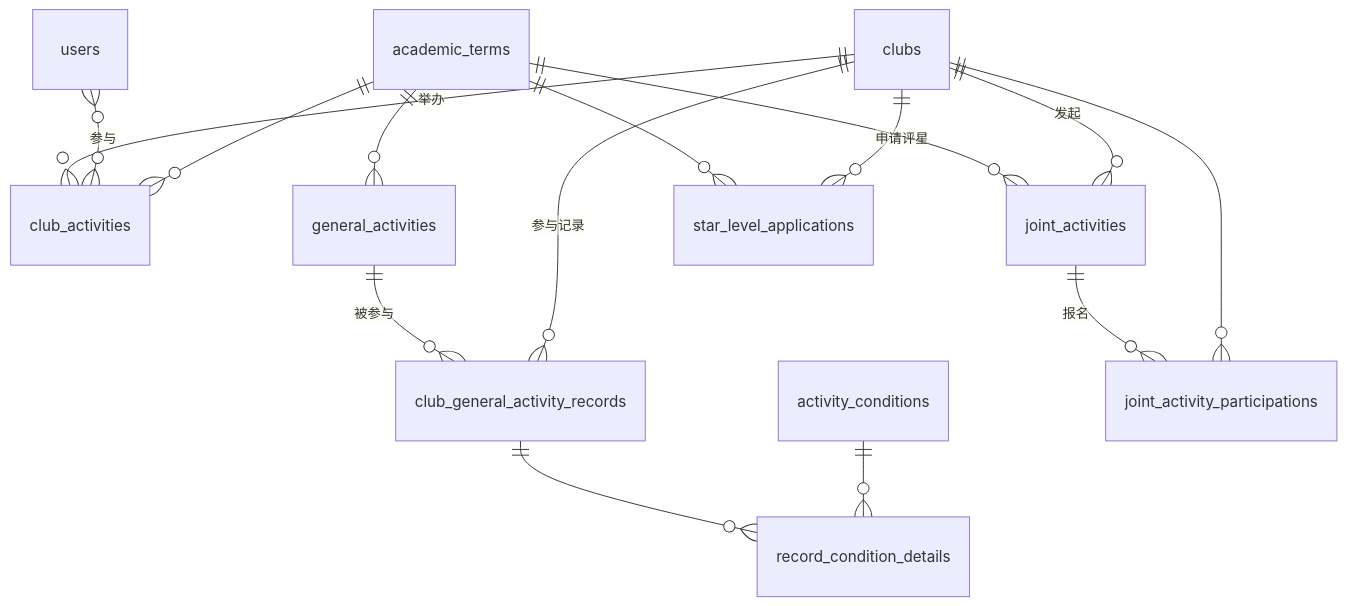
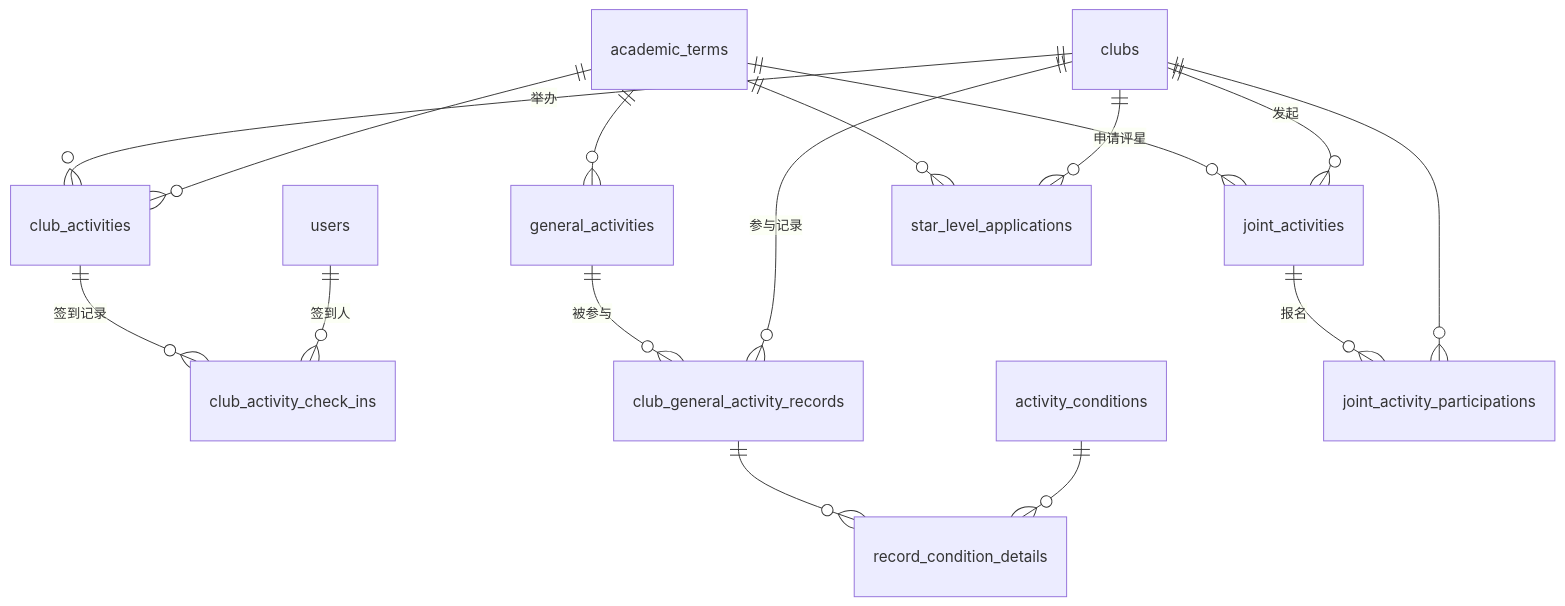
Before and after one commit to colinxu2020/BNDSphere: the second of 3 diagrams in docs/architecture/database.md, drawn with Mermaid. The commit also changed other lines of this file and 18 other files, not shown here.

First line of the commit message:
feat(club-activities): add check-in (manual roster + QR self-check-in)

````diff
--- a/docs/architecture/database.md
+++ b/docs/architecture/database.md
@@ -555,17 +568,18 @@
 ```mermaid
 erDiagram
     clubs ||--o{ club_activities : "举办"
-    users }o--o{ club_activities : "参与"
+    club_activities ||--o{ club_activity_check_ins : "签到记录"
+    users ||--o{ club_activity_check_ins : "签到人"
     academic_terms ||--o{ club_activities : ""
     academic_terms ||--o{ general_activities : ""
     academic_terms ||--o{ joint_activities : ""
     academic_terms ||--o{ star_level_applications : ""
     general_activities ||--o{ club_general_activity_records : "被参与"
     clubs ||--o{ club_general_activity_records : "参与记录"
     club_general_activity_records ||--o{ record_condition_details : ""
     activity_conditions ||--o{ record_condition_details : ""
     clubs ||--o{ star_level_applications : "申请评星"
     clubs ||--o{ joint_activities : "发起"
     joint_activities ||--o{ joint_activity_participations : "报名"
     clubs ||--o{ joint_activity_participations : ""
 ```
````
